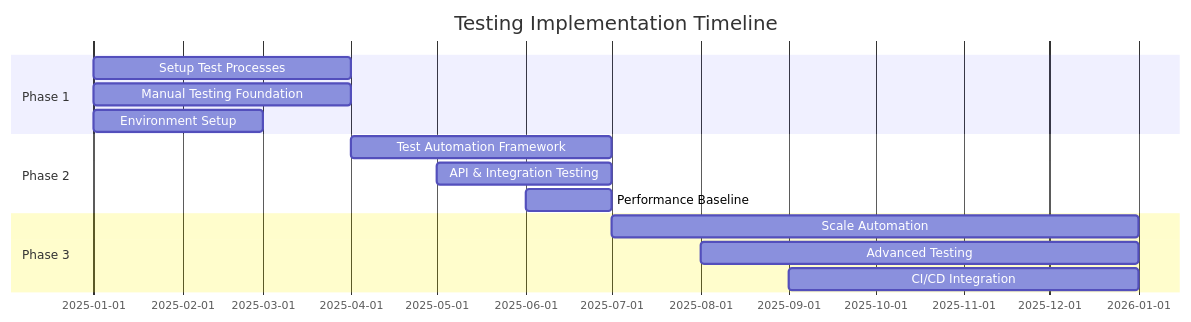
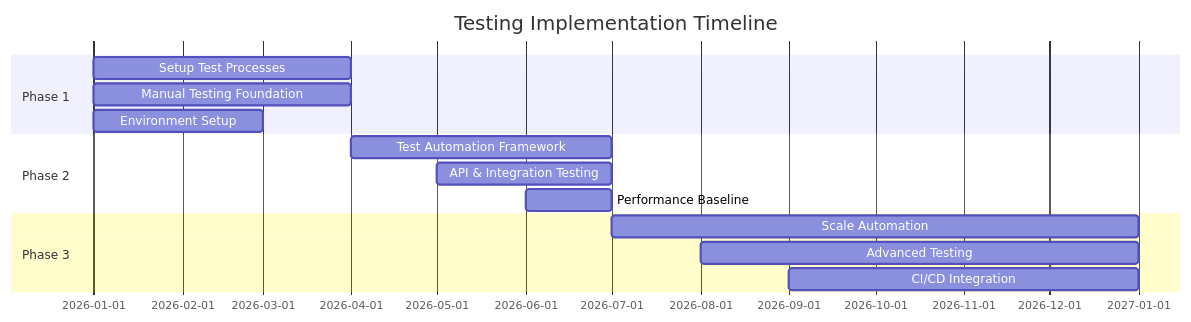
One commit to automationbytes/Test-Strategy-Document changed diagram 14 of 16 in 1.md. Above: the diagram before and after it, drawn with Mermaid. The commit also changed other lines of this file, not shown here.

Commit message:
Revise testing implementation timeline and roles
Updated the timeline for testing phases and adjusted roles.

````diff
--- a/1.md
+++ b/1.md
@@ -707,17 +707,17 @@
 ```mermaid
 gantt
     title Testing Implementation Timeline
     dateFormat YYYY-MM
     section Phase 1
-    Setup Test Processes          :2025-01, 3M
-    Manual Testing Foundation     :2025-01, 3M
-    Environment Setup            :2025-01, 2M
+    Setup Test Processes          :2026-01, 3M
+    Manual Testing Foundation     :2026-01, 3M
+    Environment Setup            :2026-01, 2M
     section Phase 2
-    Test Automation Framework    :2025-04, 3M
-    API & Integration Testing    :2025-05, 2M
-    Performance Baseline         :2025-06, 1M
+    Test Automation Framework    :2026-04, 3M
+    API & Integration Testing    :2026-05, 2M
+    Performance Baseline         :2026-06, 1M
     section Phase 3
-    Scale Automation            :2025-07, 6M
-    Advanced Testing            :2025-08, 5M
-    CI/CD Integration          :2025-09, 4M
+    Scale Automation            :2026-07, 6M
+    Advanced Testing            :2026-08, 5M
+    CI/CD Integration          :2026-09, 4M
 ```
````
